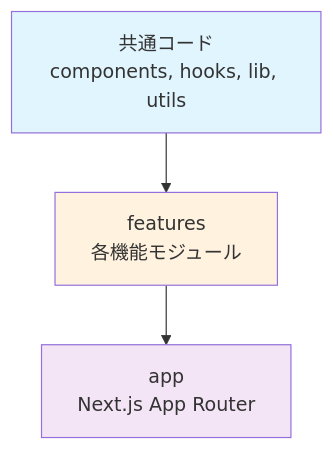
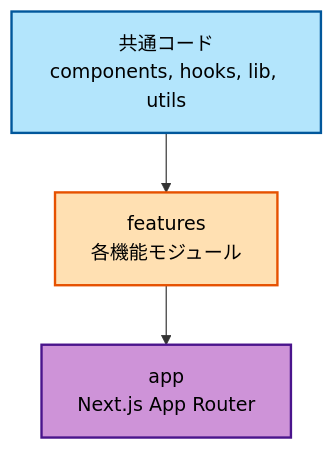
Before and after one commit to nomura-koshiro/next-app-docs: the first of 3 diagrams in docs/02-architecture/02-bulletproof-react.md, drawn with Mermaid. The commit also changed other lines of this file and 190 other files, not shown here.

````diff
--- a/docs/02-architecture/02-bulletproof-react.md
+++ b/docs/02-architecture/02-bulletproof-react.md
@@ -70,9 +70,9 @@
 ```mermaid
 graph TD
     A[共通コード<br/>components, hooks, lib, utils] --> B[features<br/>各機能モジュール]
     B --> C[app<br/>Next.js App Router]
 
-    style A fill:#e1f5fe
-    style B fill:#fff3e0
-    style C fill:#f3e5f5
+    style A fill:#b3e5fc,stroke:#01579b,stroke-width:2px,color:#000
+    style B fill:#ffe0b2,stroke:#e65100,stroke-width:2px,color:#000
+    style C fill:#ce93d8,stroke:#4a148c,stroke-width:2px,color:#000
 ```
````
